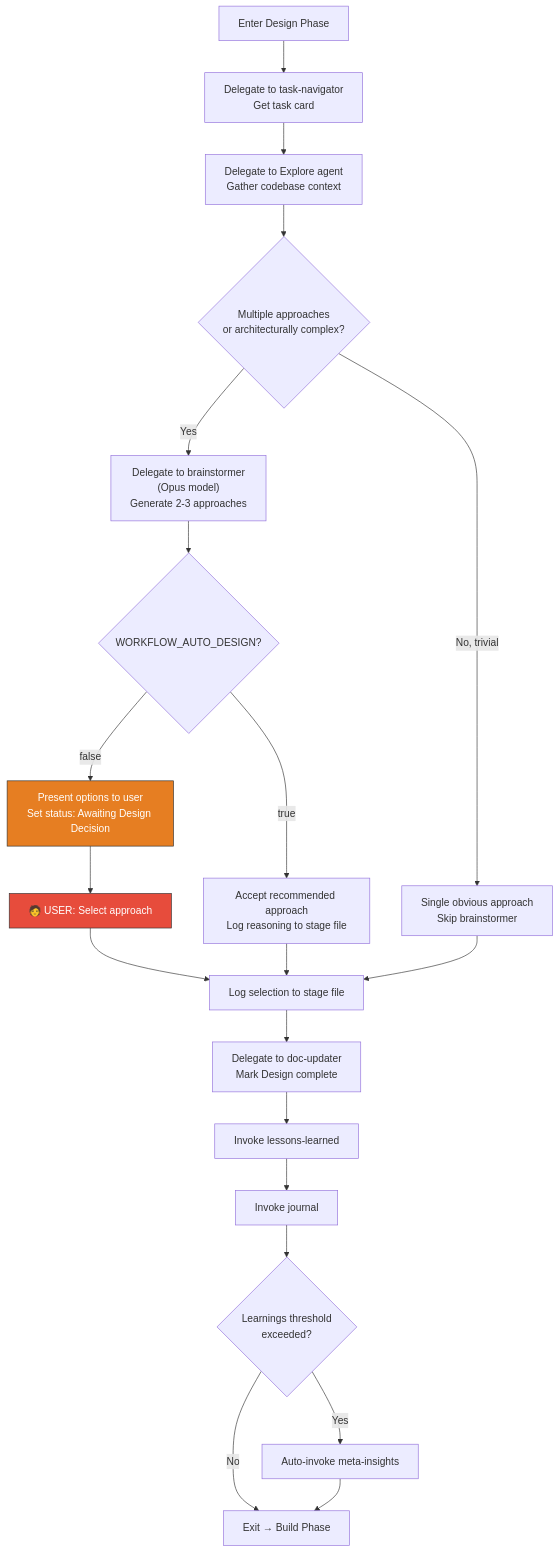
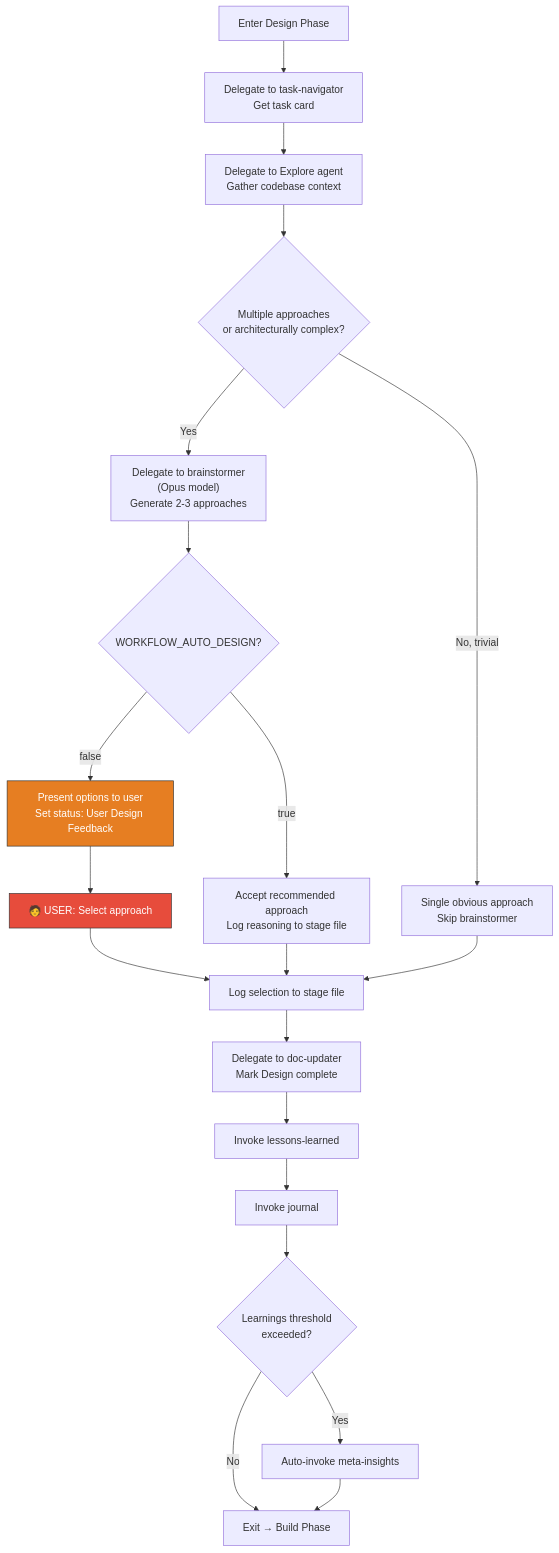
One commit to jakekausler/claude-code-workflow changed the ninth of 24 diagrams in docs/plans/2026-02-16-kanban-workflow-end-state.md. Above: the diagram before and after it, drawn with Mermaid. The commit also changed other lines of this file, not shown here.

Commit message:
docs: update end-state vision with modularity architecture and column renames

````diff
--- a/docs/plans/2026-02-16-kanban-workflow-end-state.md
+++ b/docs/plans/2026-02-16-kanban-workflow-end-state.md
@@ -463,29 +464,29 @@
 ```mermaid
 flowchart TD
     A[Enter Design Phase] --> B["Delegate to task-navigator<br/>Get task card"]
     B --> C["Delegate to Explore agent<br/>Gather codebase context"]
     C --> D{Multiple approaches<br/>or architecturally complex?}
     D -->|Yes| E["Delegate to brainstormer<br/>(Opus model)<br/>Generate 2-3 approaches"]
     D -->|No, trivial| F["Single obvious approach<br/>Skip brainstormer"]
 
     E --> G{WORKFLOW_AUTO_DESIGN?}
     G -->|true| H["Accept recommended approach<br/>Log reasoning to stage file"]
-    G -->|false| I["Present options to user<br/>Set status: Awaiting Design Decision"]
+    G -->|false| I["Present options to user<br/>Set status: User Design Feedback"]
 
     I --> J["🧑 USER: Select approach"]
     J --> K["Log selection to stage file"]
 
     H --> K
     F --> K
 
     K --> L["Delegate to doc-updater<br/>Mark Design complete"]
     L --> M["Invoke lessons-learned"]
     M --> N["Invoke journal"]
     N --> O{Learnings threshold<br/>exceeded?}
     O -->|Yes| P["Auto-invoke meta-insights"]
     O -->|No| Q["Exit → Build Phase"]
     P --> Q
 
     style I fill:#e67e22,stroke:#333,color:#fff
     style J fill:#e74c3c,stroke:#333,color:#fff
 ```
````
